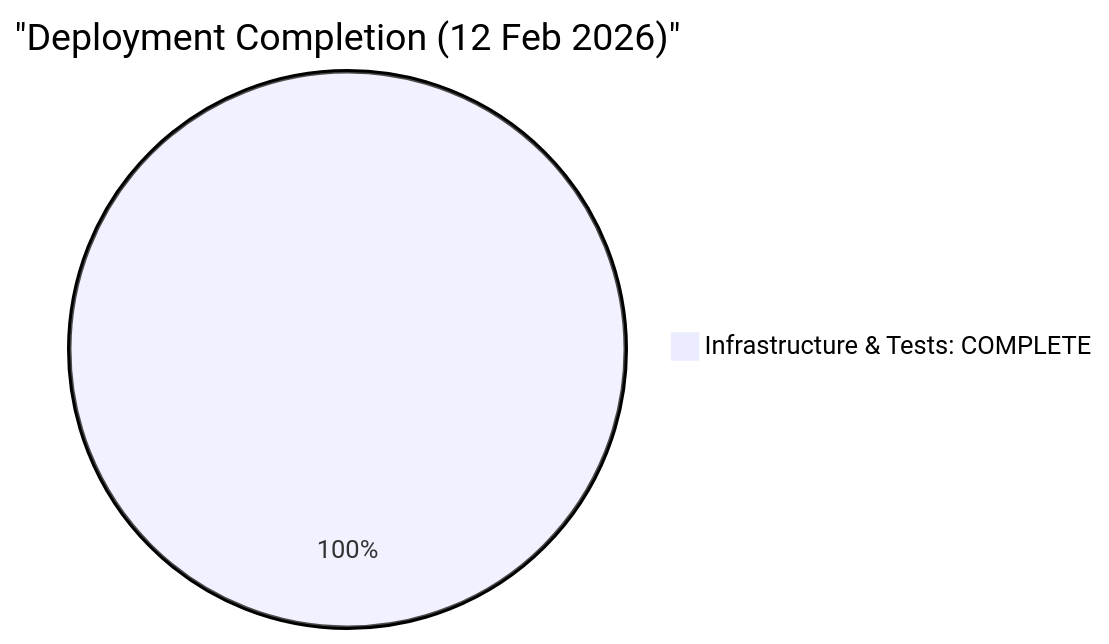
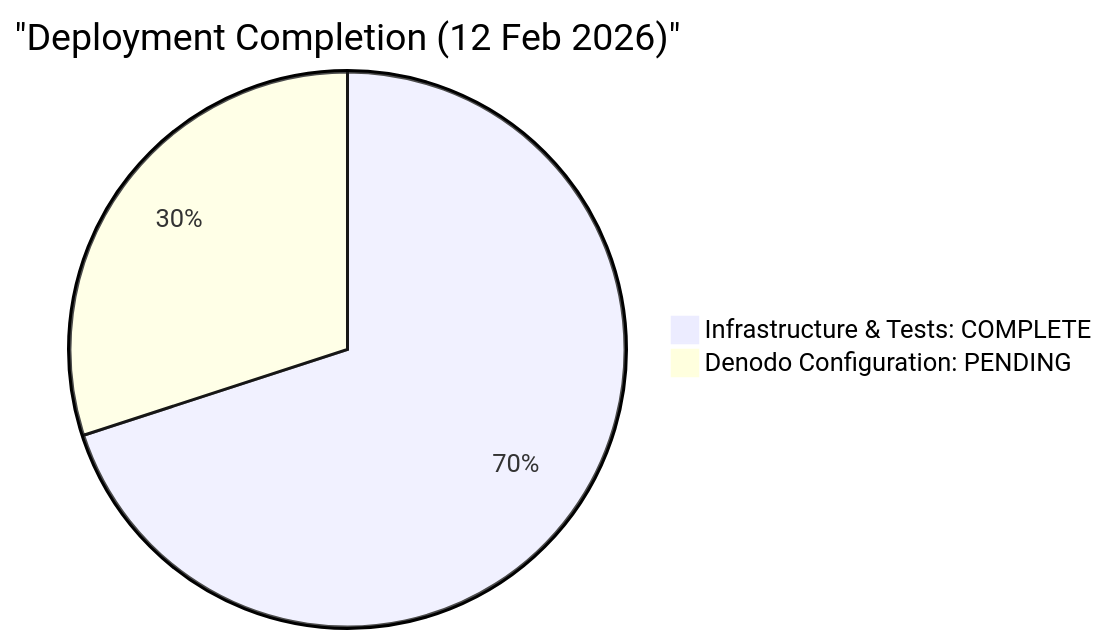
Before and after one commit to jaafar-benabderrazak/denodo_poc: the first of 10 diagrams in docs/DEPLOYMENT_STATUS.md, drawn with Mermaid. The commit also changed other lines of this file, not shown here.

````diff
--- a/docs/DEPLOYMENT_STATUS.md
+++ b/docs/DEPLOYMENT_STATUS.md
@@ -15,4 +15,5 @@
 ```mermaid
 pie title "Deployment Completion (12 Feb 2026)"
-    "Infrastructure & Tests: COMPLETE" : 100
+    "Infrastructure & Tests: COMPLETE" : 70
+    "Denodo Configuration: PENDING" : 30
 ```
````
